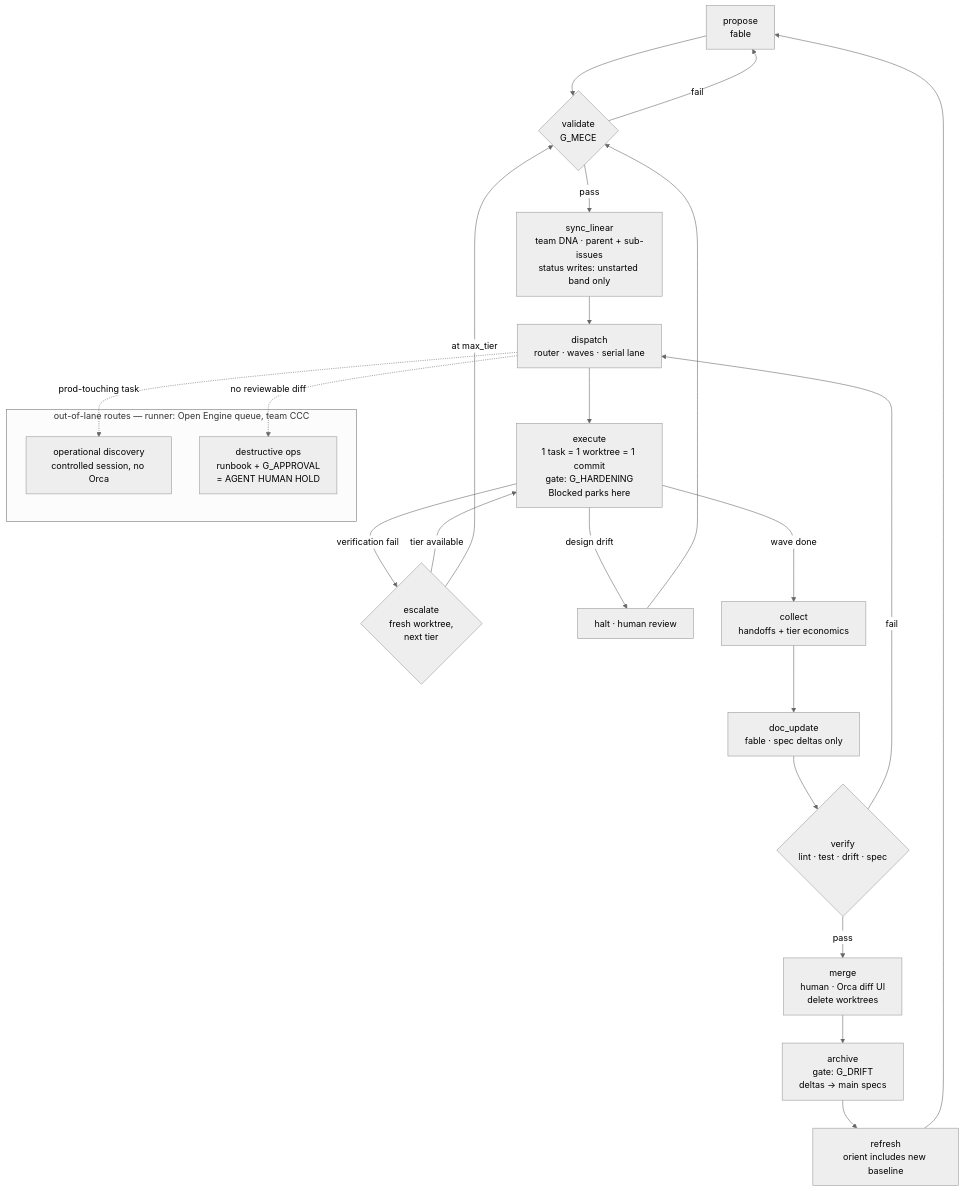
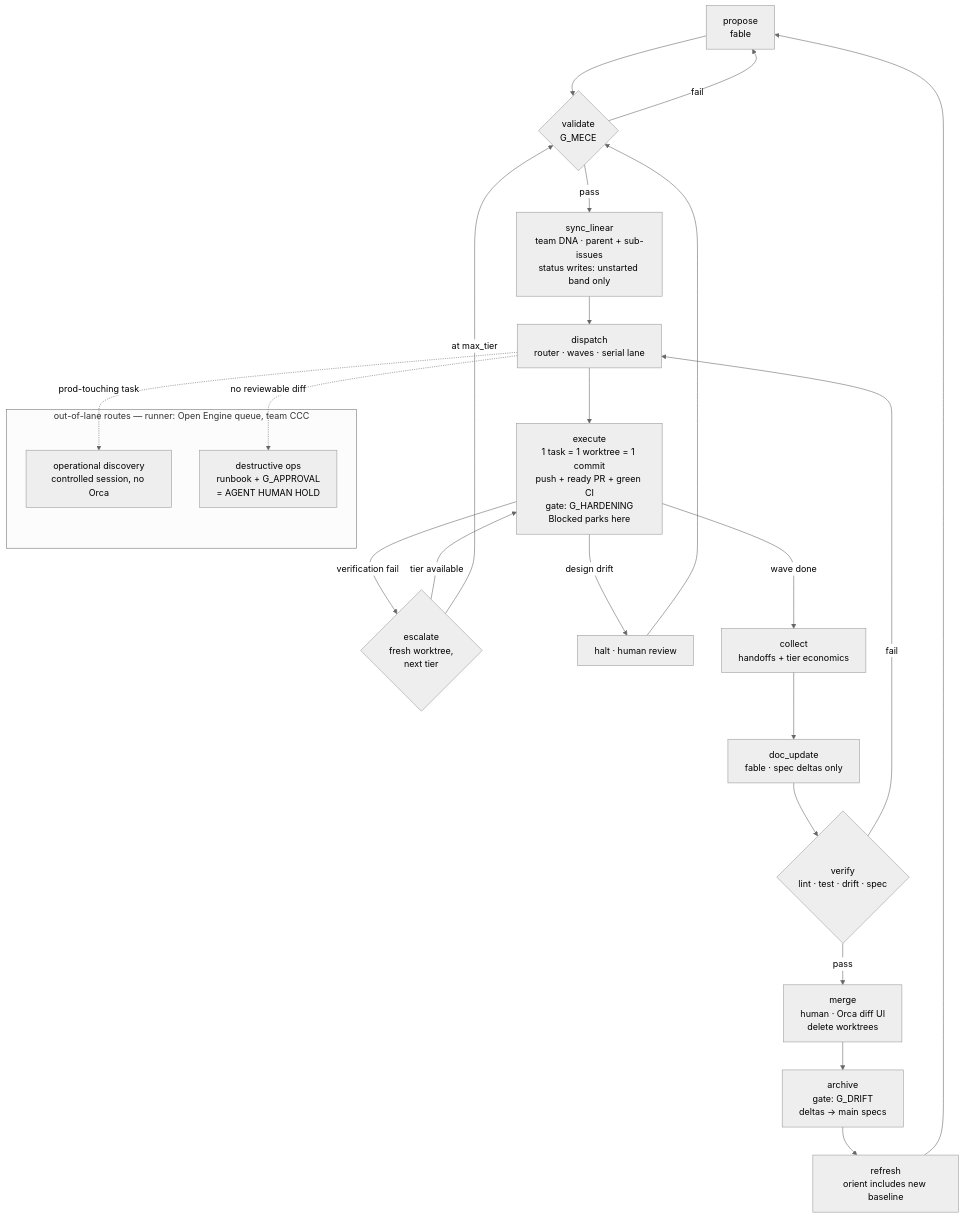
Before and after one commit to robford-brookai/pulse: the diagram in WORKFLOW.md, drawn with Mermaid (neutral theme). The commit also changed other lines of this file and 7 other files, not shown here.

````diff
--- a/WORKFLOW.md
+++ b/WORKFLOW.md
@@ -275,27 +279,27 @@
 ```mermaid
 flowchart TB
   P[propose<br/>fable] --> V{validate<br/>G_MECE}
   V -- fail --> P
   V -- pass --> SL[sync_linear<br/>team DNA · parent + sub-issues<br/>status writes: unstarted band only]
   SL --> D[dispatch<br/>router · waves · serial lane]
-  D --> E[execute<br/>1 task = 1 worktree = 1 commit<br/>gate: G_HARDENING<br/>Blocked parks here]
+  D --> E[execute<br/>1 task = 1 worktree = 1 commit<br/>push + ready PR + green CI<br/>gate: G_HARDENING<br/>Blocked parks here]
   E -- verification fail --> ESC{escalate<br/>fresh worktree,<br/>next tier}
   ESC -- tier available --> E
   ESC -- at max_tier --> V
   E -- design drift --> HALT[halt · human review]
   HALT --> V
   E -- wave done --> C[collect<br/>handoffs + tier economics]
   C --> DU[doc_update<br/>fable · spec deltas only]
   DU --> VER{verify<br/>lint · test · drift · spec}
   VER -- fail --> D
   VER -- pass --> M[merge<br/>human · Orca diff UI<br/>delete worktrees]
   M --> A[archive<br/>gate: G_DRIFT<br/>deltas → main specs]
   A --> R[refresh<br/>orient includes new baseline]
   R --> P
   subgraph LANES[out-of-lane routes — runner: Open Engine queue, team CCC]
     OD[operational discovery<br/>controlled session, no Orca]
     DO[destructive ops<br/>runbook + G_APPROVAL<br/>= AGENT HUMAN HOLD]
   end
   D -. prod-touching task .-> OD
   D -. no reviewable diff .-> DO
 ```
````
